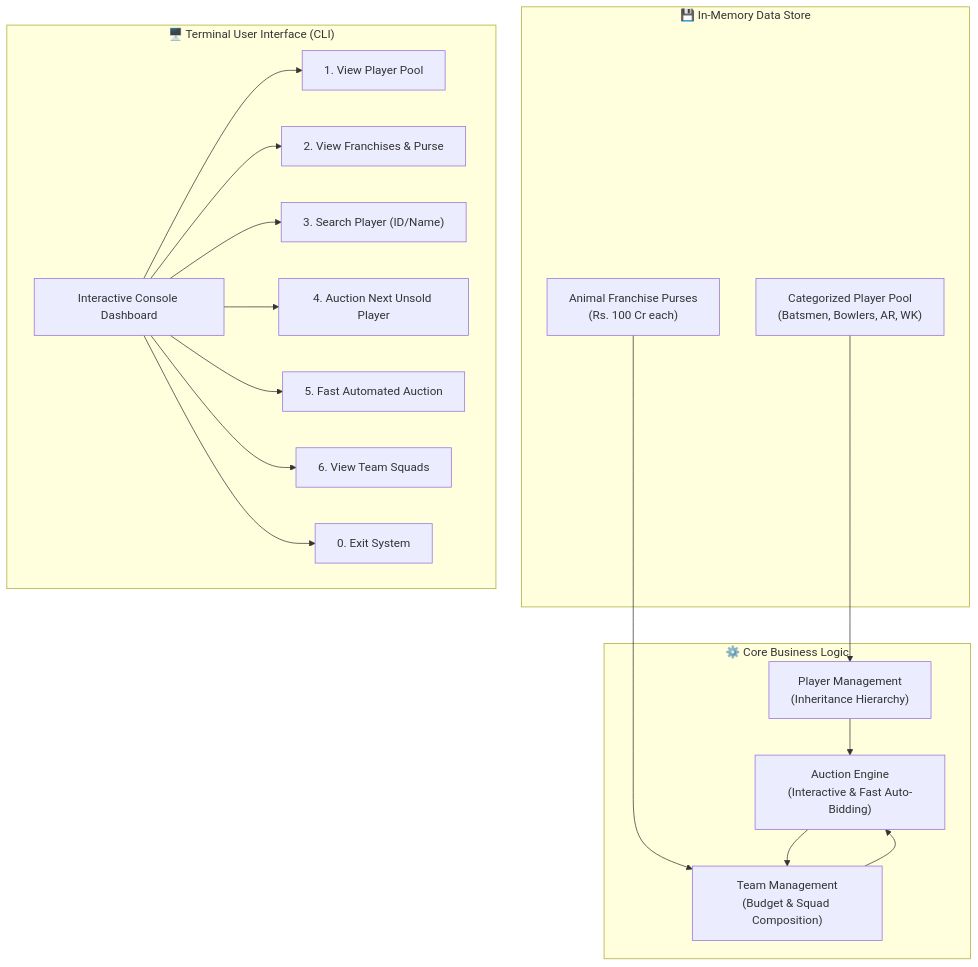
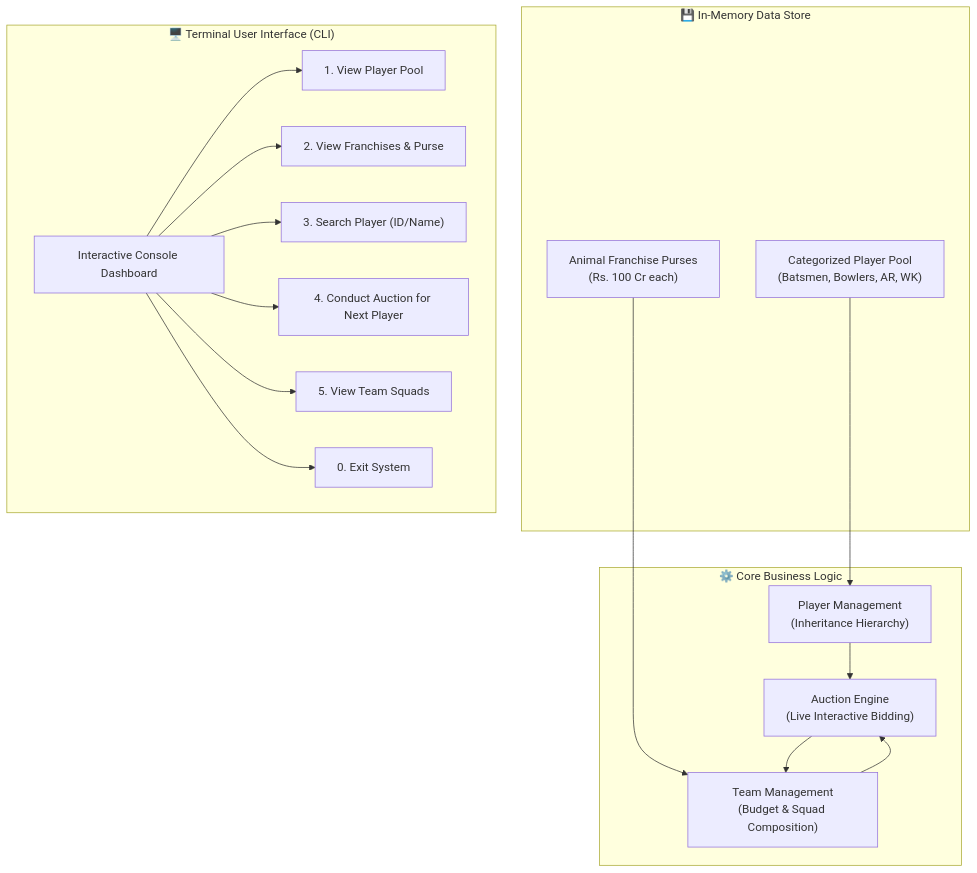
The first of 3 diagrams in README.md (sumitmule86-netizen/IOOP-project), drawn with Mermaid before and after one commit. The commit also changed other lines of this file and 1 other file, not shown here.

Commit message:
Remove automated auction bot logic; simplify AuctionSystem to pure interactive bidding

````diff
--- a/README.md
+++ b/README.md
@@ -52,38 +52,36 @@
 ```mermaid
 flowchart TD
     subgraph Data_Layer ["💾 In-Memory Data Store"]
         P1["Categorized Player Pool<br>(Batsmen, Bowlers, AR, WK)"]
         T1["Animal Franchise Purses<br>(Rs. 100 Cr each)"]
     end
 
     subgraph Core_Engine ["⚙️ Core Business Logic"]
         PM["Player Management<br>(Inheritance Hierarchy)"]
         TM["Team Management<br>(Budget & Squad Composition)"]
-        AE["Auction Engine<br>(Interactive & Fast Auto-Bidding)"]
+        AE["Auction Engine<br>(Live Interactive Bidding)"]
     end
 
     subgraph Presentation_Layer ["🖥️ Terminal User Interface (CLI)"]
         UI["Interactive Console Dashboard"]
         Menu1["1. View Player Pool"]
         Menu2["2. View Franchises & Purse"]
         Menu3["3. Search Player (ID/Name)"]
-        Menu4["4. Auction Next Unsold Player"]
-        Menu5["5. Fast Automated Auction"]
-        Menu6["6. View Team Squads"]
+        Menu4["4. Conduct Auction for Next Player"]
+        Menu5["5. View Team Squads"]
         Menu0["0. Exit System"]
     end
 
     P1 --> PM
     T1 --> TM
     PM --> AE
     TM --> AE
     AE --> TM
 
     UI --> Menu1
     UI --> Menu2
     UI --> Menu3
     UI --> Menu4
     UI --> Menu5
-    UI --> Menu6
     UI --> Menu0
 ```
````
